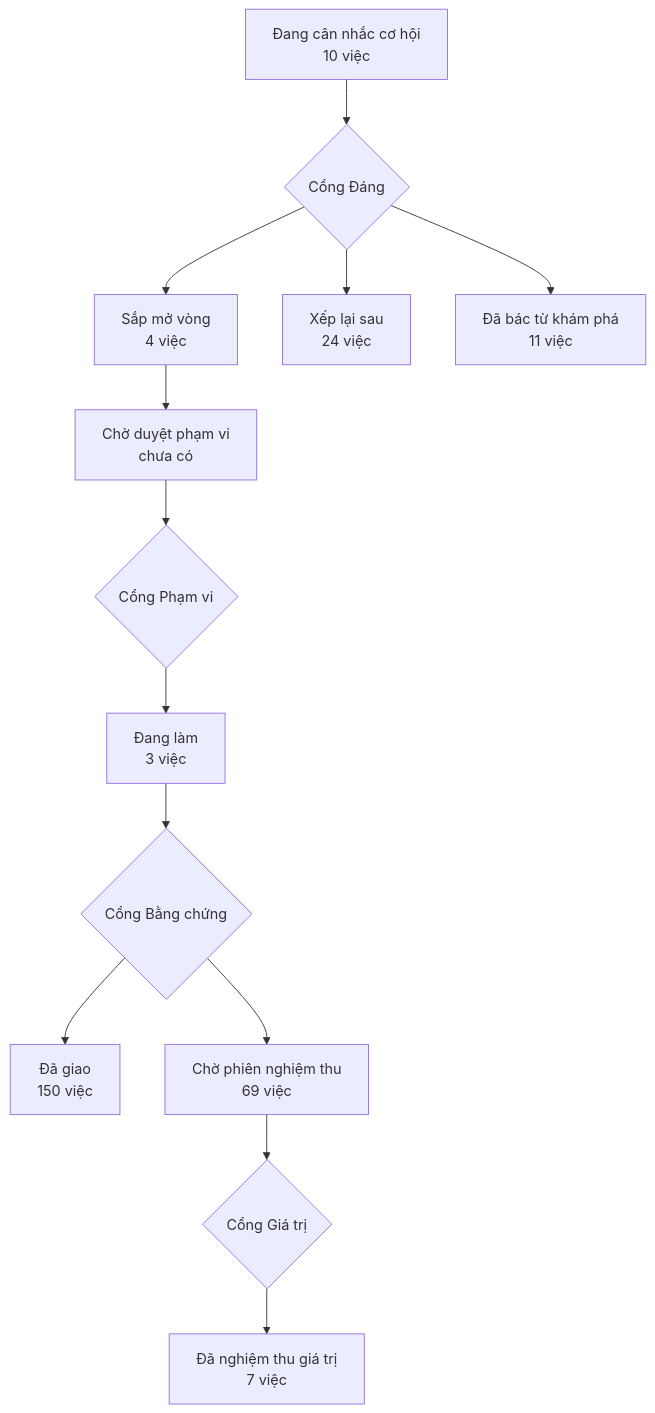
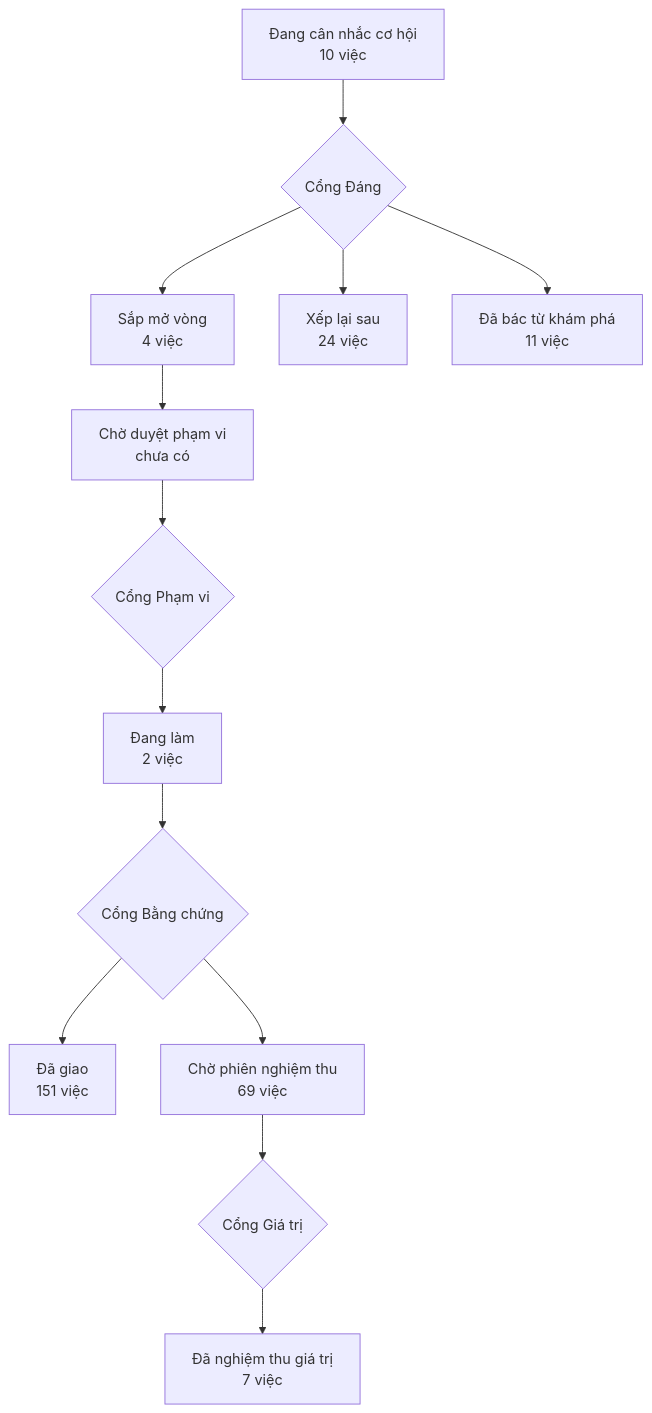
Before and after one commit to phanlemanh/acceptance-gate-kit: the diagram in PRODUCT-MAP.md, drawn with Mermaid. The commit also changed 7 other files, not shown here.

````diff
--- a/PRODUCT-MAP.md
+++ b/PRODUCT-MAP.md
@@ -7,12 +7,12 @@
 ```mermaid
 flowchart TD
   A["Đang cân nhắc cơ hội<br/>10 việc"] --> GD{"Cổng Đáng"}
   GD --> B["Sắp mở vòng<br/>4 việc"]
   GD --> XL["Xếp lại sau<br/>24 việc"]
   GD --> DB["Đã bác từ khám phá<br/>11 việc"]
   B --> CD["Chờ duyệt phạm vi<br/>chưa có"] --> GP{"Cổng Phạm vi"}
-  GP --> DL["Đang làm<br/>3 việc"] --> GB{"Cổng Bằng chứng"}
-  GB --> DG["Đã giao<br/>150 việc"]
+  GP --> DL["Đang làm<br/>2 việc"] --> GB{"Cổng Bằng chứng"}
+  GB --> DG["Đã giao<br/>151 việc"]
   GB --> CN["Chờ phiên nghiệm thu<br/>69 việc"] --> GG{"Cổng Giá trị"}
   GG --> NT["Đã nghiệm thu giá trị<br/>7 việc"]
 ```
````
